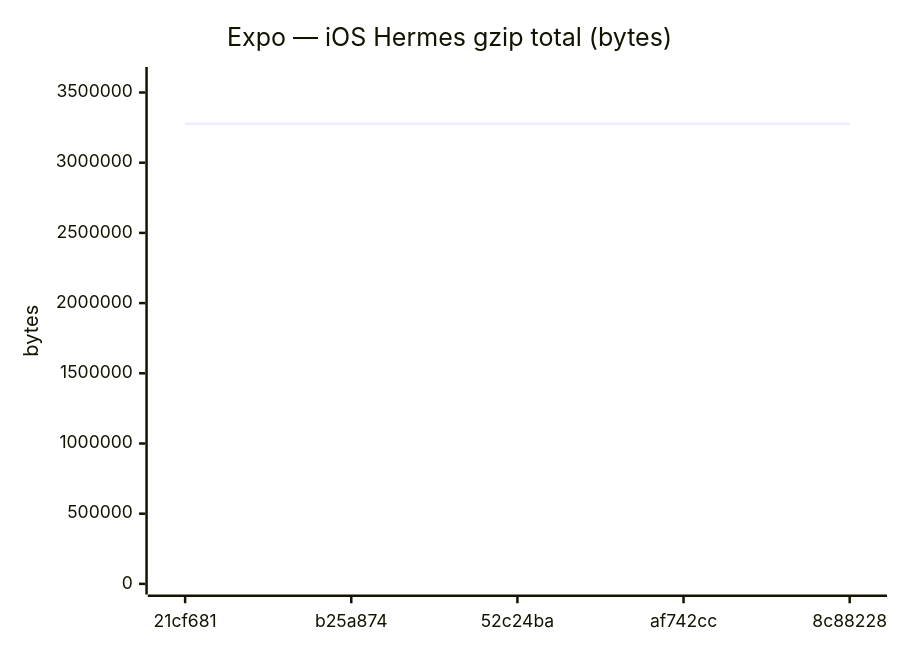
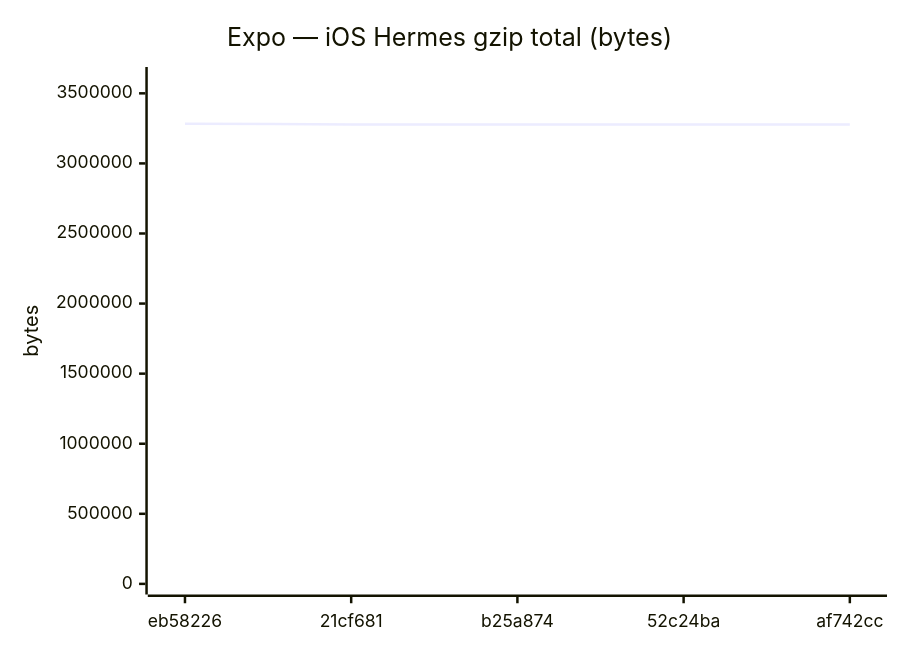
One commit to Metaheurist/Rianell changed diagram 12 of 18 in benchmarks/compare.md. Above: the diagram before and after it, drawn with Mermaid. The commit also changed other lines of this file and 11 other files, not shown here.

````diff
--- a/benchmarks/compare.md
+++ b/benchmarks/compare.md
@@ -179,7 +179,7 @@
 ```mermaid
 xychart-beta
     title "Expo — iOS Hermes gzip total (bytes)"
-    x-axis ["21cf681", "b25a874", "52c24ba", "af742cc", "8c88228"]
-    y-axis "bytes" 0 --> 3606019
-    line [3278198, 3278199, 3278191, 3278197, 3277689]
+    x-axis ["eb58226", "21cf681", "b25a874", "52c24ba", "af742cc"]
+    y-axis "bytes" 0 --> 3612146
+    line [3283769, 3278198, 3278199, 3278191, 3278197]
 ```
````
